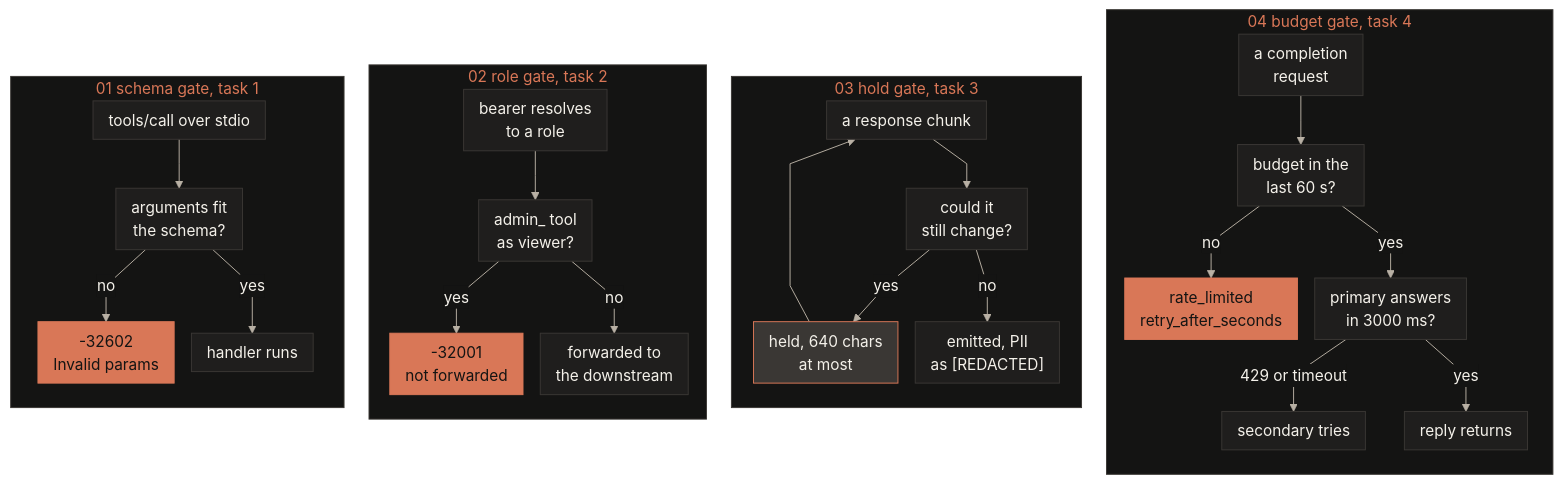
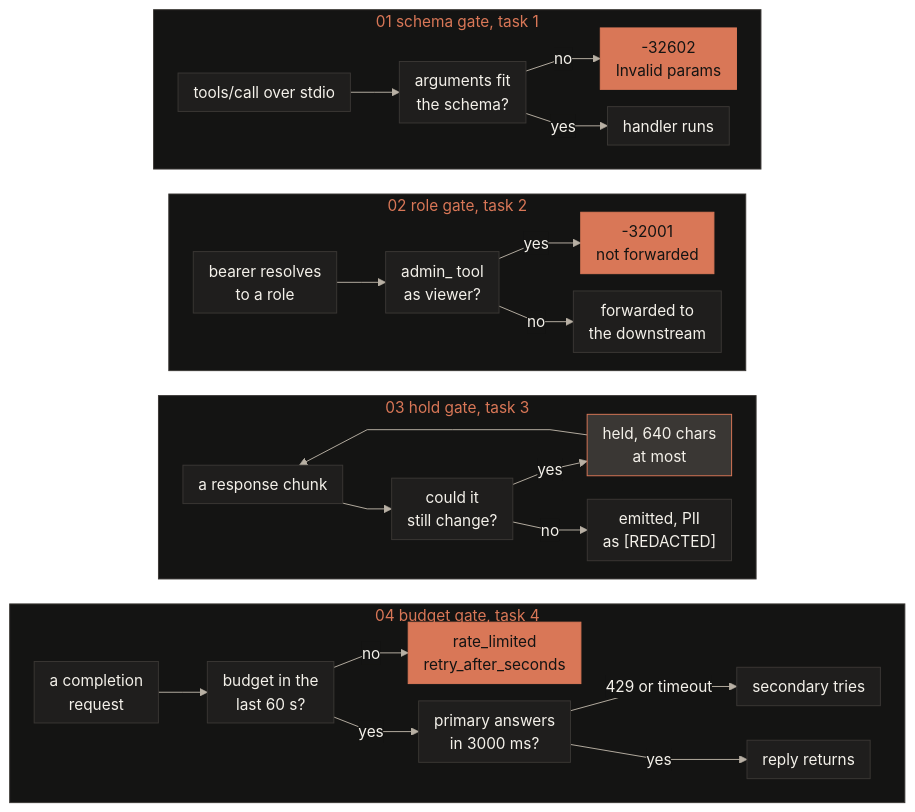
Before and after one commit to jameswniu/quilr-fde-assessment: the diagram in README.md, drawn with Mermaid. The commit also changed 1 other file, not shown here.

Commit message:
Stack the mermaid lanes so each one fits the column at natural size

````diff
--- a/README.md
+++ b/README.md
@@ -142,36 +142,36 @@
 ```mermaid
 %%{init: {"theme": "base", "themeVariables": {"primaryColor": "#1F1E1D", "primaryTextColor": "#F4F1EA", "primaryBorderColor": "#3A3734", "lineColor": "#B8B0A4", "textColor": "#F4F1EA", "clusterBkg": "#141413", "clusterBorder": "#3A3734", "titleColor": "#D97757", "edgeLabelBackground": "#141413", "fontFamily": "SFMono-Regular,Menlo,Consolas,Liberation Mono,monospace", "fontSize": "16px"}, "flowchart": {"curve": "linear", "nodeSpacing": 18, "rankSpacing": 26, "padding": 8}}}%%
-flowchart LR
+flowchart TB
   subgraph S1["01 schema gate, task 1"]
-    direction TB
+    direction LR
     A1["tools/call over stdio"] --> A2["arguments fit<br/>the schema?"]
     A2 -- no --> A3["-32602<br/>Invalid params"]
     A2 -- yes --> A4["handler runs"]
   end
   subgraph S2["02 role gate, task 2"]
-    direction TB
+    direction LR
     B1["bearer resolves<br/>to a role"] --> B2["admin_ tool<br/>as viewer?"]
     B2 -- yes --> B3["-32001<br/>not forwarded"]
     B2 -- no --> B4["forwarded to<br/>the downstream"]
   end
   subgraph S3["03 hold gate, task 3"]
-    direction TB
+    direction LR
     C1["a response chunk"] --> C2["could it<br/>still change?"]
     C2 -- yes --> C3["held, 640 chars<br/>at most"]
     C3 --> C1
     C2 -- no --> C4["emitted, PII<br/>as [REDACTED]"]
   end
   subgraph S4["04 budget gate, task 4"]
-    direction TB
+    direction LR
     D1["a completion<br/>request"] --> D2["budget in the<br/>last 60 s?"]
     D2 -- no --> D3["rate_limited<br/>retry_after_seconds"]
     D2 -- yes --> D4["primary answers<br/>in 3000 ms?"]
     D4 -- "429 or timeout" --> D5["secondary tries"]
     D4 -- yes --> D6["reply returns"]
   end
   S1 ~~~ S2 ~~~ S3 ~~~ S4
   classDef stop fill:#D97757,stroke:#D97757,color:#141413
   classDef hold fill:#3A3734,stroke:#D97757,color:#F4F1EA
   class A3,B3,D3 stop
   class C3 hold
 ```
````
